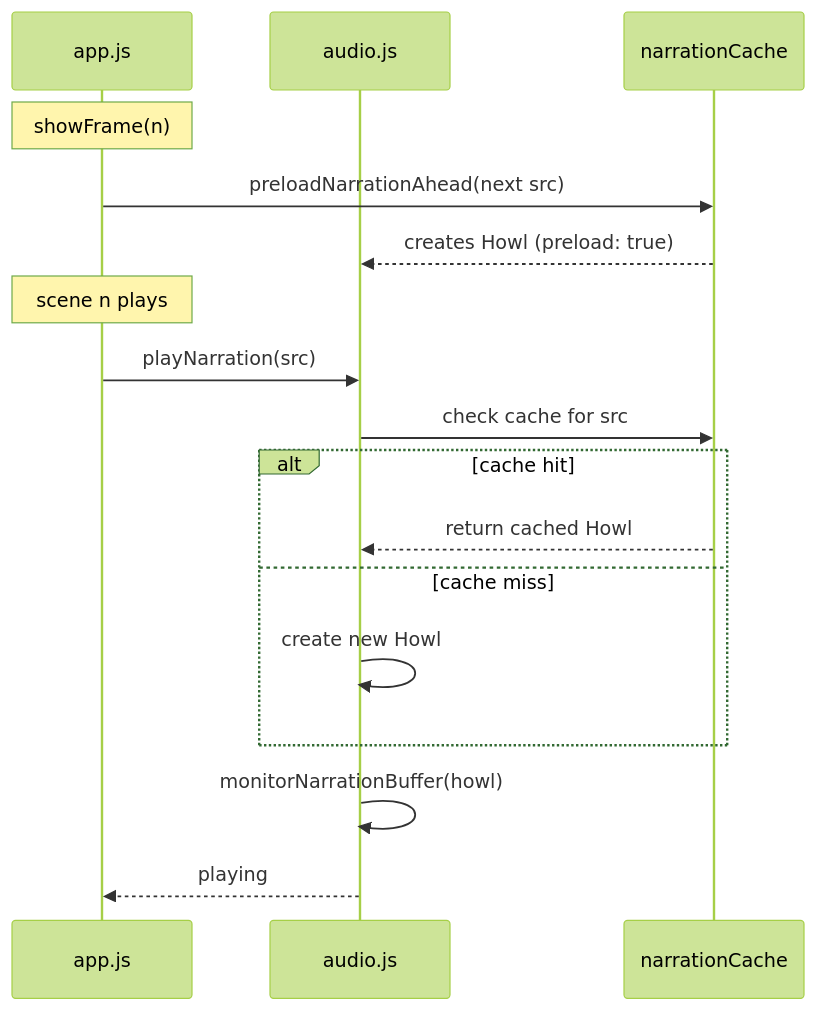
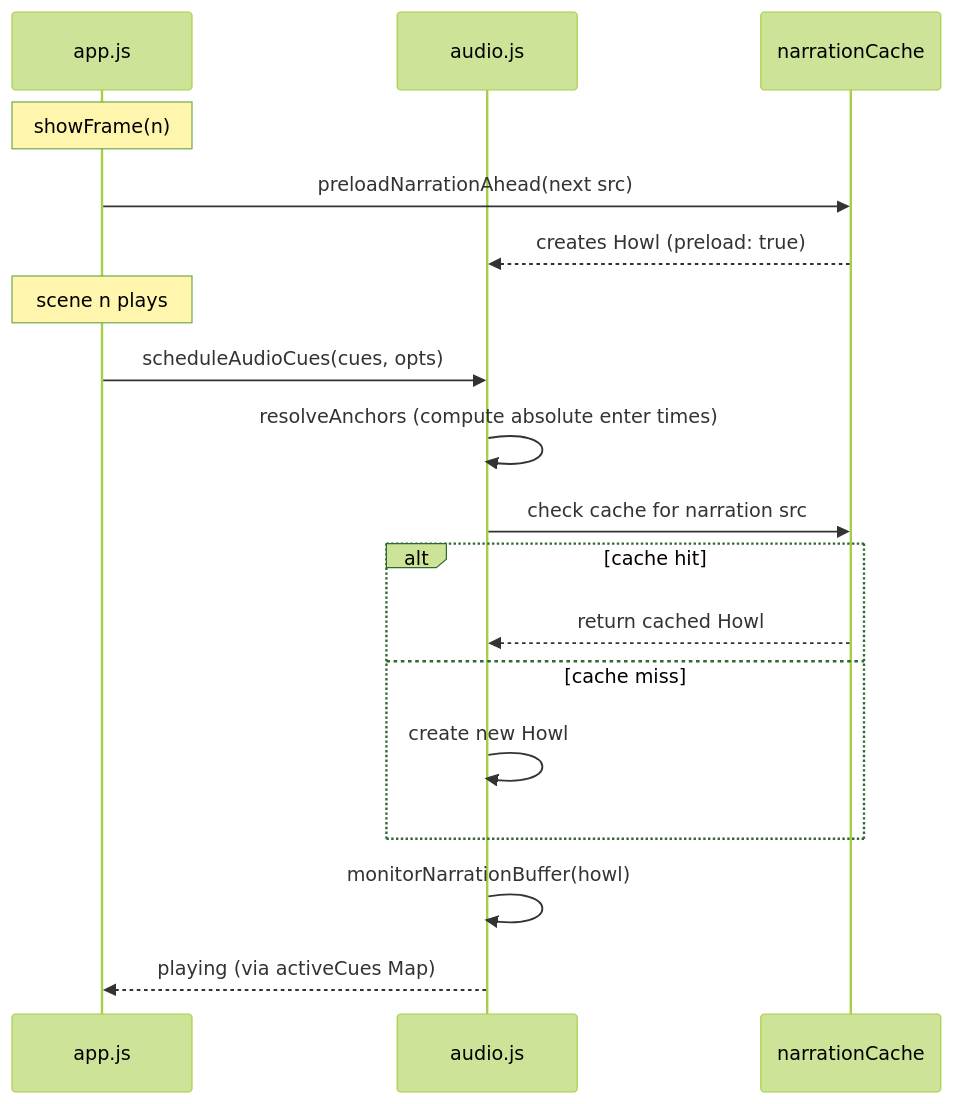
One commit to anchildress1/carbon-trace changed the second of 4 diagrams in docs/audio-system.md. Above: the diagram before and after it, drawn with Mermaid (forest theme). The commit also changed other lines of this file and 106 other files, not shown here.

````diff
--- a/docs/audio-system.md
+++ b/docs/audio-system.md
@@ -29,21 +36,22 @@
 ```mermaid
 sequenceDiagram
     participant App as app.js
     participant Audio as audio.js
     participant Cache as narrationCache
 
     Note over App: showFrame(n)
     App->>Cache: preloadNarrationAhead(next src)
     Cache-->>Audio: creates Howl (preload: true)
 
     Note over App: scene n plays
-    App->>Audio: playNarration(src)
-    Audio->>Cache: check cache for src
+    App->>Audio: scheduleAudioCues(cues, opts)
+    Audio->>Audio: resolveAnchors (compute absolute enter times)
+    Audio->>Cache: check cache for narration src
     alt cache hit
         Cache-->>Audio: return cached Howl
     else cache miss
         Audio->>Audio: create new Howl
     end
     Audio->>Audio: monitorNarrationBuffer(howl)
-    Audio-->>App: playing
+    Audio-->>App: playing (via activeCues Map)
 ```
````
